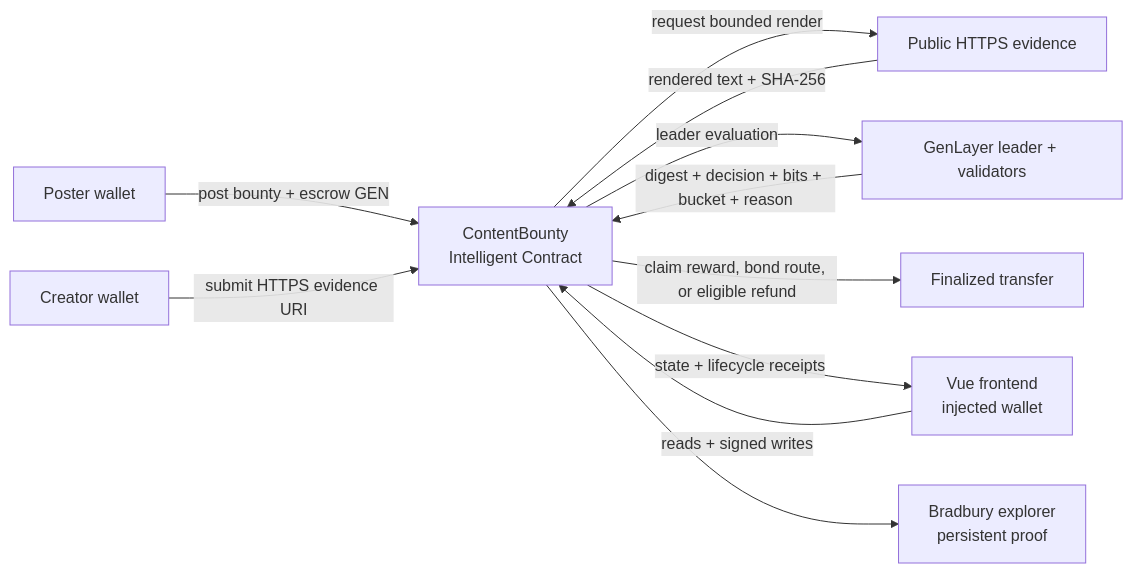
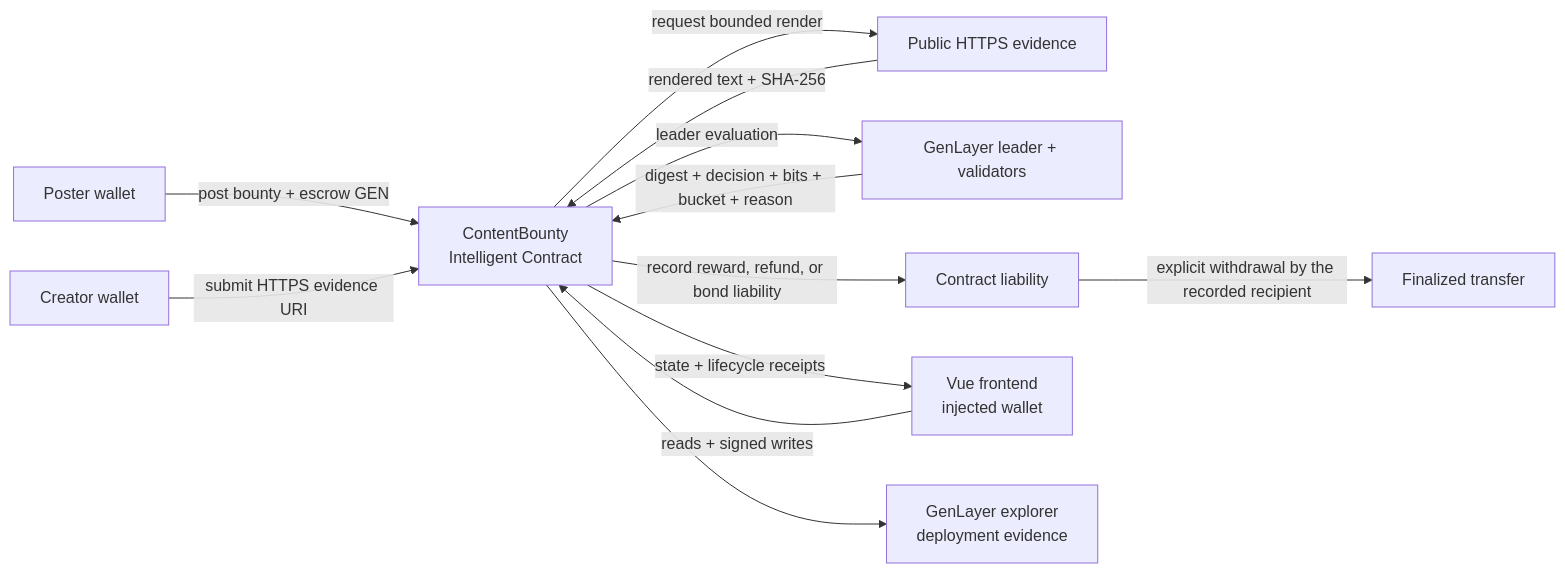
One commit to unifyWeb3/contentbounty changed the diagram in README.md. Above: the diagram before and after it, drawn with Mermaid. The commit also changed other lines of this file and 5 other files, not shown here.

````diff
--- a/README.md
+++ b/README.md
@@ -129,13 +186,14 @@
 ```mermaid
 flowchart LR
     P[Poster wallet] -->|post bounty + escrow GEN| C[ContentBounty<br/>Intelligent Contract]
     R[Creator wallet] -->|submit HTTPS evidence URI| C
     C -->|request bounded render| E[Public HTTPS evidence]
     E -->|rendered text + SHA-256| C
     C -->|leader evaluation| V[GenLayer leader + validators]
     V -->|digest + decision + bits + bucket + reason| C
-   C -->|claim reward, bond route, or eligible refund| T[Finalized transfer]
+    C -->|record reward, refund, or bond liability| L[Contract liability]
+    L -->|explicit withdrawal by the recorded recipient| T[Finalized transfer]
     F[Vue frontend<br/>injected wallet] -->|reads + signed writes| C
     C -->|state + lifecycle receipts| F
-    C --> X[Bradbury explorer<br/>persistent proof]
+    C --> X[GenLayer explorer<br/>deployment evidence]
 ```
````
